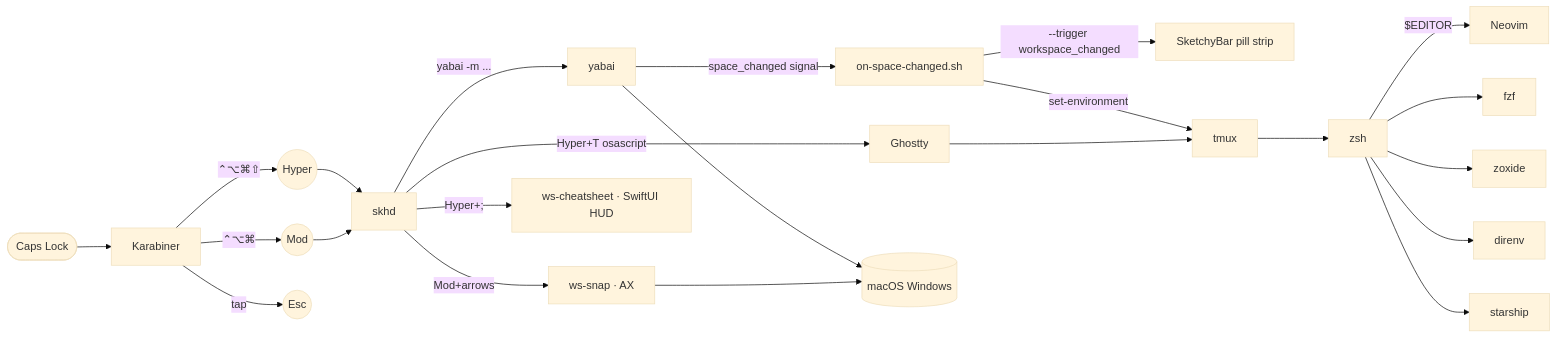
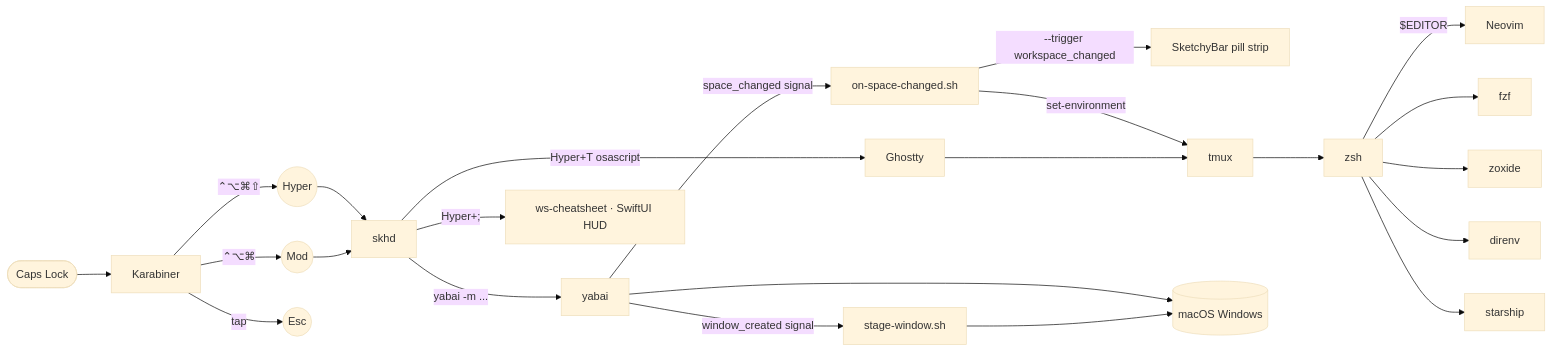
One commit to adames/dotfiles changed the first of 2 diagrams in docs/architecture.md. Above: the diagram before and after it, drawn with Mermaid (base theme). The commit also changed other lines of this file and 10 other files, not shown here.

````diff
--- a/docs/architecture.md
+++ b/docs/architecture.md
@@ -7,26 +7,26 @@
 ```mermaid
 graph LR
   CapsLock([Caps Lock]) --> Karabiner
   Karabiner -->|"⌃⌥⌘⇧"| Hyper((Hyper))
   Karabiner -->|"⌃⌥⌘"| Mod((Mod))
   Karabiner -->|tap| Esc((Esc))
 
   Hyper --> skhd
   Mod --> skhd
   skhd -->|"yabai -m ..."| yabai
   skhd -->|Hyper+T osascript| Ghostty
-  skhd -->|Mod+arrows| WSSnap[ws-snap · AX]
   skhd -->|Hyper+;| WSCheatsheet[ws-cheatsheet · SwiftUI HUD]
+  yabai -->|window_created signal| WSStage[stage-window.sh]
 
   yabai -->|space_changed signal| WorkspaceHandler[on-space-changed.sh]
   WorkspaceHandler -->|--trigger workspace_changed| SketchyBar[SketchyBar pill strip]
   WorkspaceHandler -->|set-environment| tmux
 
   yabai --> Windows[(macOS Windows)]
-  WSSnap --> Windows
+  WSStage --> Windows
 
   Ghostty --> tmux
   tmux --> zsh
   zsh -->|"$EDITOR"| Neovim
   zsh --> fzf & zoxide & direnv & starship
 ```
````
